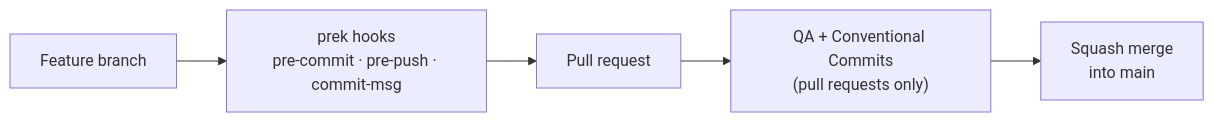
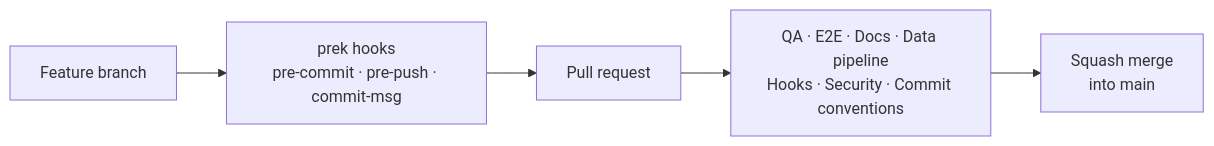
Before and after one commit to IndrajeetPatil/einbuergerungstest: the diagram in docs/development.md, drawn with Mermaid. The commit also changed other lines of this file and 13 other files, not shown here.

````diff
--- a/docs/development.md
+++ b/docs/development.md
@@ -48,7 +67,7 @@
 ```mermaid
 flowchart LR
   Branch["Feature branch"] --> Hooks["prek hooks<br/>pre-commit · pre-push · commit-msg"]
   Hooks --> PR["Pull request"]
-  PR --> CI["QA + Conventional Commits<br/>(pull requests only)"]
+  PR --> CI["QA · E2E · Docs · Data pipeline<br/>Hooks · Security · Commit conventions"]
   CI --> Merge["Squash merge<br/>into main"]
 ```
````
